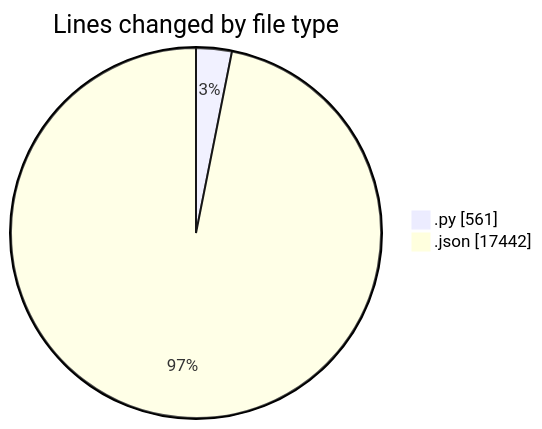
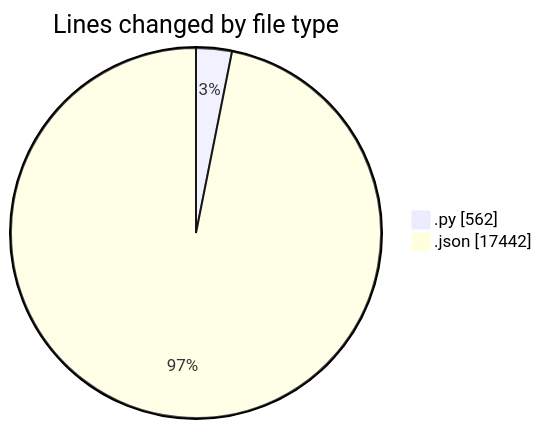
Before and after one commit to MatusMokan/code-tracking: the first of 2 diagrams in 2025-10-25/untitled__workspace_/README.md, drawn with Mermaid. The commit also changed other lines of this file and 1 other file, not shown here.

````diff
--- a/2025-10-25/untitled__workspace_/README.md
+++ b/2025-10-25/untitled__workspace_/README.md
@@ -21,6 +21,6 @@
 ```mermaid
 pie showData
 title Lines changed by file type
-".py" : 561
+".py" : 562
 ".json" : 17442
 ```
````
